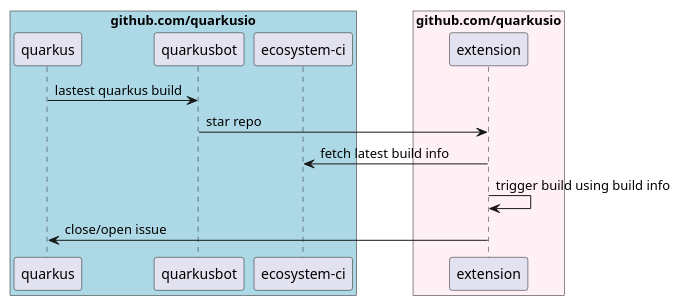
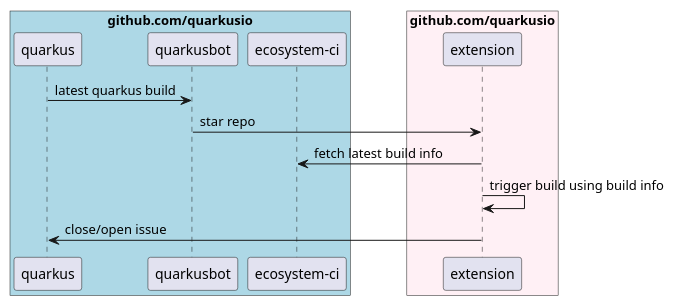
The diagram in ci-overview.puml (quarkusio/quarkus-ecosystem-ci), drawn with PlantUML before and after one commit.

Commit message:
Fixes typo in ci-overview.puml

```diff
--- a/ci-overview.puml
+++ b/ci-overview.puml
@@ -1,19 +1,19 @@
 @startuml
 
-quarkus -> quarkusbot : lastest quarkus build  
+quarkus -> quarkusbot : latest quarkus build  
 quarkusbot -> extension : star repo
 extension -> "ecosystem-ci" : fetch latest build info
 extension -> extension : trigger build using build info
 extension -> quarkus : close/open issue
 
 box "github.com/quarkusio" #LightBlue
 participant quarkus
 participant quarkusbot
 participant "ecosystem-ci"
 end box
 
 box "github.com/quarkusio" #LavenderBlush
 participant extension
 end box
 
 @enduml
```
